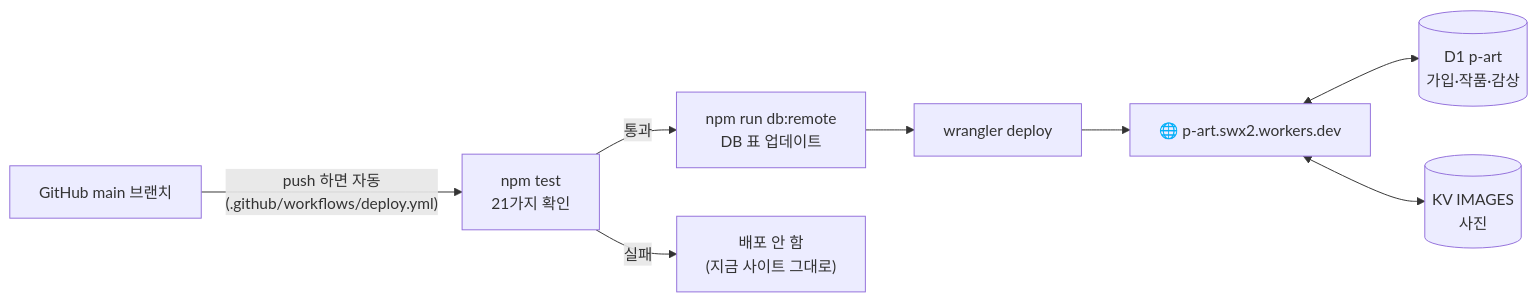
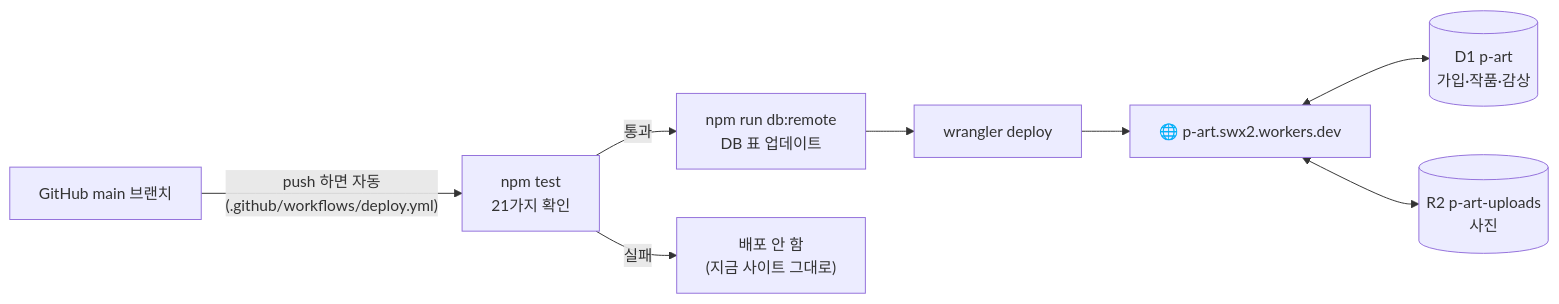
Before and after one commit to 10x4hs/p-art: the diagram in docs/DEPLOY.md, drawn with Mermaid. The commit also changed other lines of this file and 30 other files, not shown here.

````diff
--- a/docs/DEPLOY.md
+++ b/docs/DEPLOY.md
@@ -15,10 +15,10 @@
 ```mermaid
 flowchart LR
   GH["GitHub main 브랜치"] -- "push 하면 자동<br/>(.github/workflows/deploy.yml)" --> T["npm test<br/>21가지 확인"]
   T -- 통과 --> MIG["npm run db:remote<br/>DB 표 업데이트"]
   MIG --> DEP["wrangler deploy"]
   DEP --> LIVE["🌐 p-art.swx2.workers.dev"]
   LIVE <--> D1[("D1 p-art<br/>가입·작품·감상")]
-  LIVE <--> KV[("KV IMAGES<br/>사진")]
+  LIVE <--> R2[("R2 p-art-uploads<br/>사진")]
   T -- 실패 --> STOP["배포 안 함<br/>(지금 사이트 그대로)"]
 ```
````
